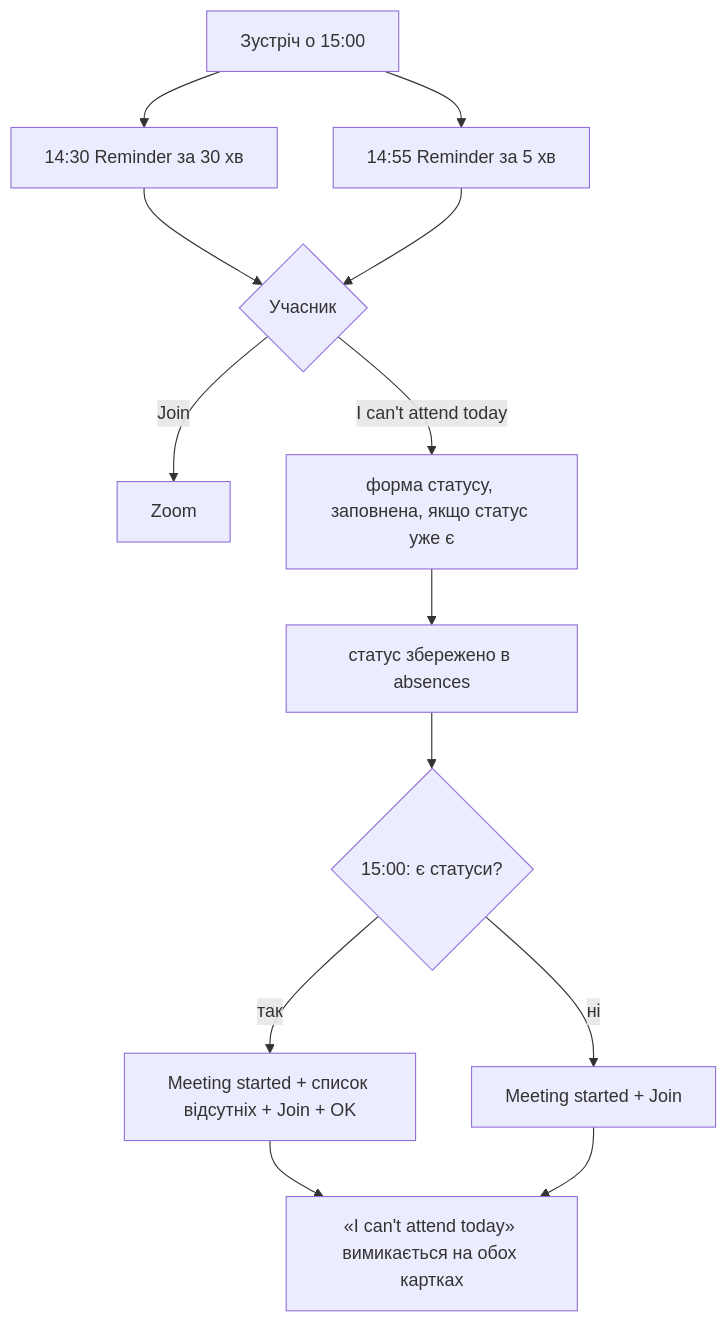
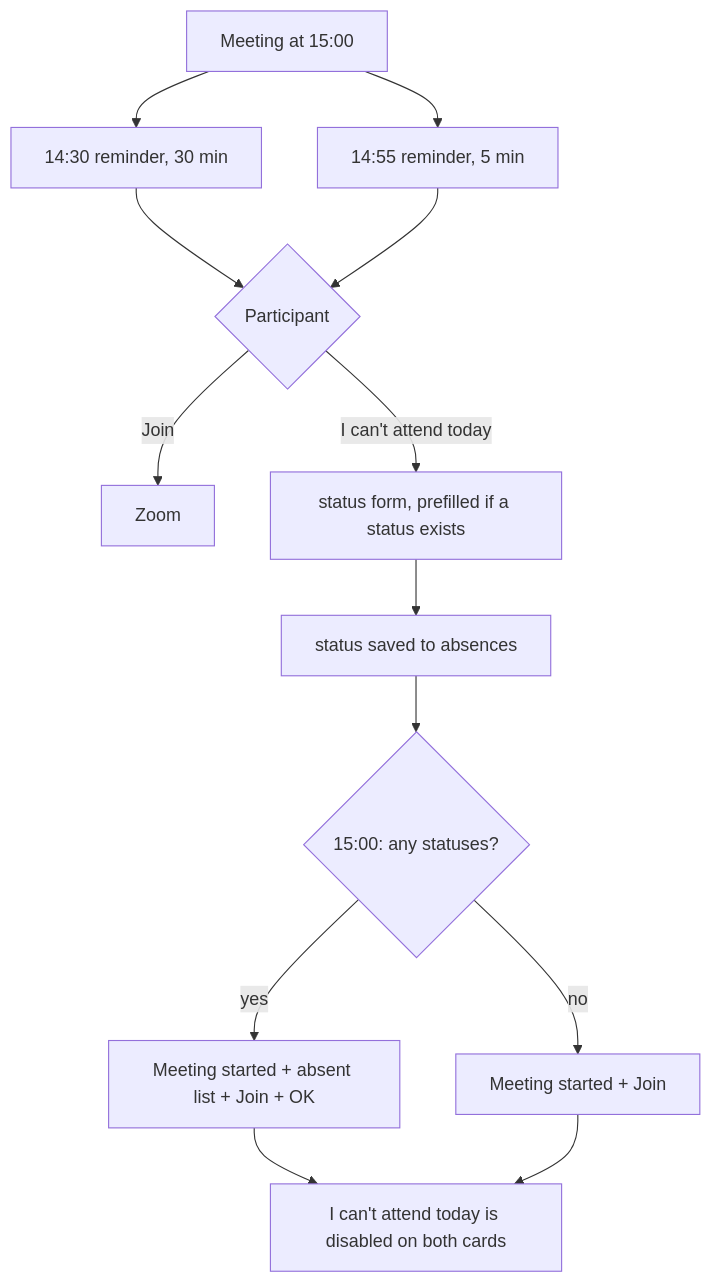
Before and after one commit to mentorflow-lpnu/MentorFlow: the diagram in docs/features/02-meeting-reminders.md, drawn with Mermaid. The commit also changed other lines of this file and 57 other files, not shown here.

````diff
--- a/docs/features/02-meeting-reminders.md
+++ b/docs/features/02-meeting-reminders.md
@@ -86,15 +85,15 @@
 ```mermaid
 flowchart TD
-  A[Зустріч о 15:00] --> B[14:30 Reminder за 30 хв]
-  A --> B2[14:55 Reminder за 5 хв]
-  B --> C{Учасник}
+  A[Meeting at 15:00] --> B[14:30 reminder, 30 min]
+  A --> B2[14:55 reminder, 5 min]
+  B --> C{Participant}
   B2 --> C
   C -->|Join| Z[Zoom]
-  C -->|I can't attend today| D[форма статусу, заповнена, якщо статус уже є]
-  D --> E[статус збережено в absences]
-  E --> F{15:00: є статуси?}
-  F -->|так| F1[Meeting started + список відсутніх + Join + OK]
-  F -->|ні| F2[Meeting started + Join]
-  F1 --> G[«I can't attend today» вимикається на обох картках]
+  C -->|I can't attend today| D[status form, prefilled if a status exists]
+  D --> E[status saved to absences]
+  E --> F{15:00: any statuses?}
+  F -->|yes| F1[Meeting started + absent list + Join + OK]
+  F -->|no| F2[Meeting started + Join]
+  F1 --> G[I can't attend today is disabled on both cards]
   F2 --> G
 ```
````
